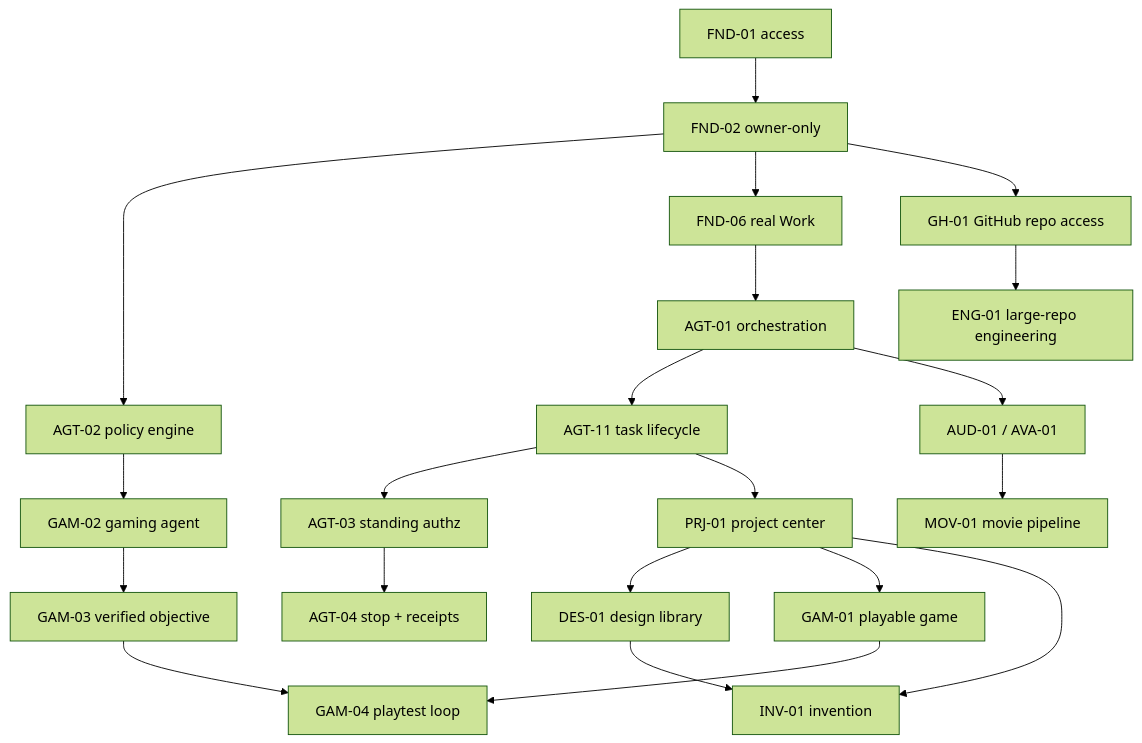
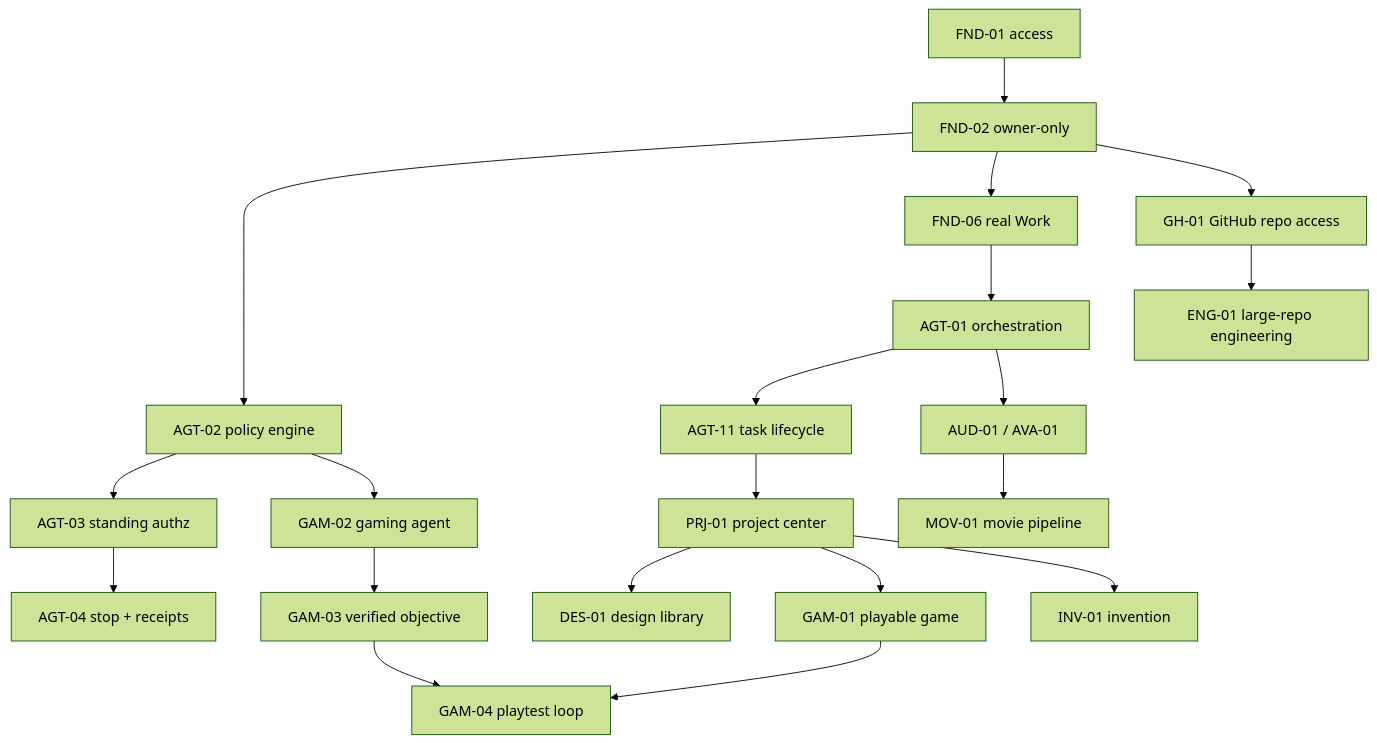
Before and after one commit to Auctivon-CoderaxAI/Coderax: the diagram in docs/ROADMAP.md, drawn with Mermaid (forest theme). The commit also changed other lines of this file, not shown here.

First line of the commit message:
docs: align roadmap statuses and spine with the ledger rules

````diff
--- a/docs/ROADMAP.md
+++ b/docs/ROADMAP.md
@@ -223,23 +223,22 @@
 ```mermaid
 flowchart TD
   F1[FND-01 access] --> F2[FND-02 owner-only]
   F2 --> A2[AGT-02 policy engine]
   F2 --> F6[FND-06 real Work]
   F6 --> A1[AGT-01 orchestration]
   A1 --> A11[AGT-11 task lifecycle]
-  A11 --> A3[AGT-03 standing authz]
+  A2 --> A3[AGT-03 standing authz]
   A3 --> A4[AGT-04 stop + receipts]
   F2 --> GH[GH-01 GitHub repo access]
   A11 --> P1[PRJ-01 project center]
   GH --> E1[ENG-01 large-repo engineering]
   P1 --> DES[DES-01 design library]
   P1 --> G1[GAM-01 playable game]
   A2 --> G2[GAM-02 gaming agent]
   G1 --> G4[GAM-04 playtest loop]
   G2 --> G3[GAM-03 verified objective]
   G3 --> G4
   A1 --> MOV[AUD-01 / AVA-01]
   MOV --> M1[MOV-01 movie pipeline]
   P1 --> INV[INV-01 invention]
-  DES --> INV
 ```
````
